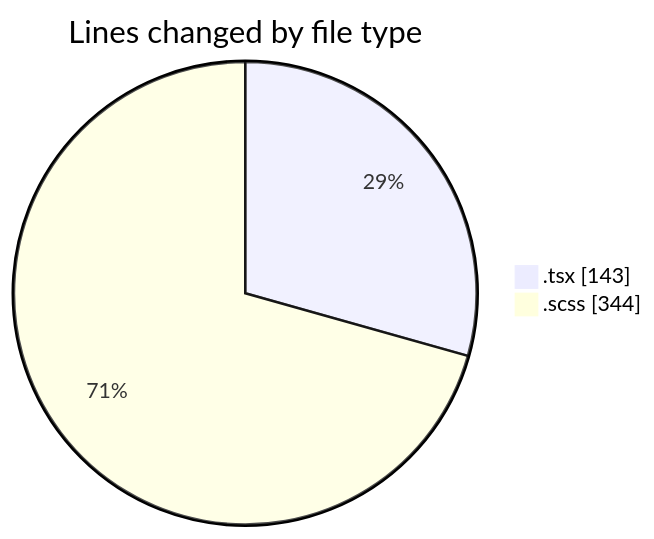
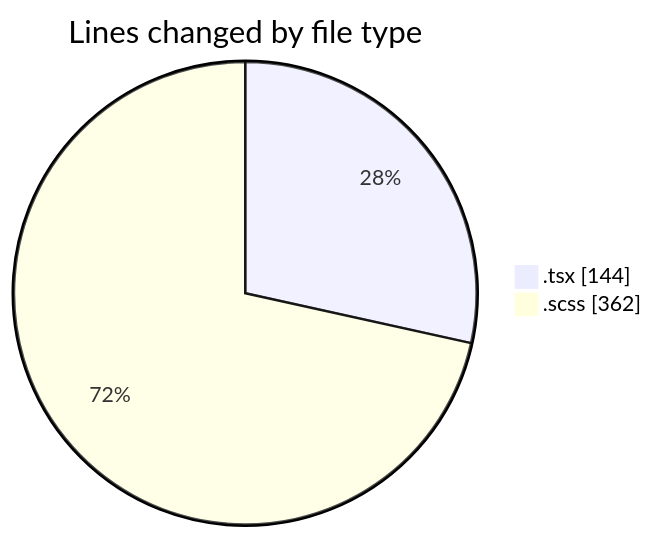
One commit to momahboobian/code-tracking changed the first of 2 diagrams in 2025-09-19/cda/README.md. Above: the diagram before and after it, drawn with Mermaid. The commit also changed other lines of this file and 1 other file, not shown here.

````diff
--- a/2025-09-19/cda/README.md
+++ b/2025-09-19/cda/README.md
@@ -21,6 +21,6 @@
 ```mermaid
 pie showData
 title Lines changed by file type
-".tsx" : 143
-".scss" : 344
+".tsx" : 144
+".scss" : 362
 ```
````
